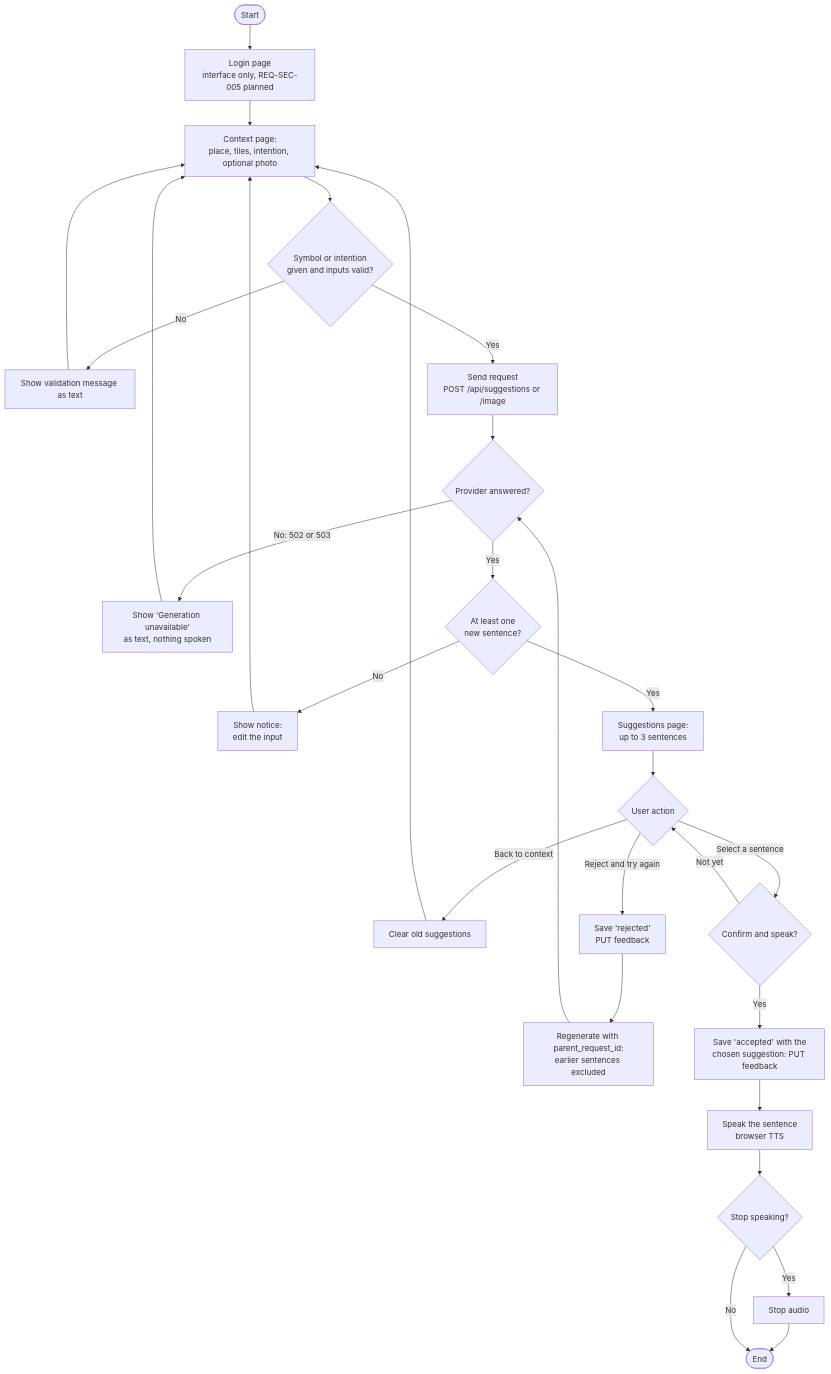
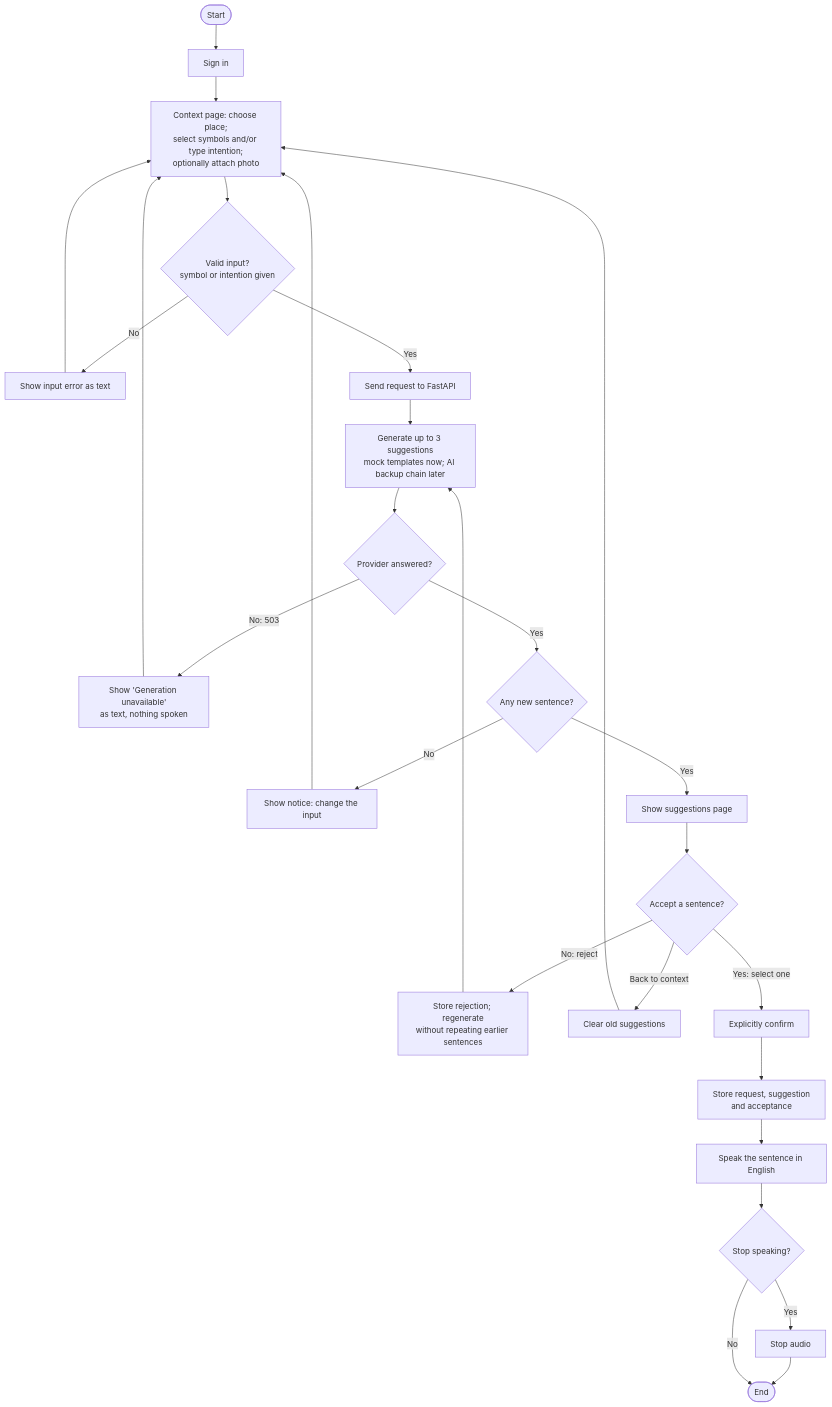
The third of 4 diagrams in docs/requirements/SRS.md (bhsei/26B), drawn with Mermaid before and after one commit. The commit also changed other lines of this file, not shown here.

Commit message:
W7 - SRS v0.4; Markdown edition of Abid's v0.3 with the same structure and requirements, Figures 1-4 redrawn in Mermaid, AI parts corrected against the implementation and a specific rationale for every requirement

````diff
--- a/docs/requirements/SRS.md
+++ b/docs/requirements/SRS.md
@@ -322,25 +358,23 @@
 ```mermaid
 flowchart TD
-    S([Start]) --> L[Login page<br/>interface only, REQ-SEC-005 planned]
-    L --> C[Context page:<br/>place, tiles, intention, optional photo]
-    C --> V{Symbol or intention<br/>given and inputs valid?}
-    V -- No --> E1[Show validation message as text] --> C
-    V -- Yes --> R[Send request<br/>POST /api/suggestions or /image]
-    R --> P{Provider answered?}
-    P -- "No: 502 or 503" --> E2[Show 'Generation unavailable'<br/>as text, nothing spoken] --> C
-    P -- Yes --> N{At least one<br/>new sentence?}
-    N -- No --> E3[Show notice:<br/>edit the input] --> C
-    N -- Yes --> SG[Suggestions page:<br/>up to 3 sentences]
-    SG --> A{User action}
+    S([Start]) --> L[Sign in]
+    L --> C[Context page: choose place;<br/>select symbols and/or type intention;<br/>optionally attach photo]
+    C --> V{Valid input?<br/>symbol or intention given}
+    V -- No --> E1[Show input error as text] --> C
+    V -- Yes --> R[Send request to FastAPI]
+    R --> G[Generate up to 3 suggestions<br/>mock templates now; AI backup chain later]
+    G --> P{Provider answered?}
+    P -- "No: 503" --> E2[Show 'Generation unavailable'<br/>as text, nothing spoken] --> C
+    P -- Yes --> N{Any new sentence?}
+    N -- No --> E3[Show notice: change the input] --> C
+    N -- Yes --> SG[Show suggestions page]
+    SG --> A{Accept a sentence?}
+    A -- "No: reject" --> RJ[Store rejection; regenerate<br/>without repeating earlier sentences] --> G
     A -- "Back to context" --> CL[Clear old suggestions] --> C
-    A -- "Reject and try again" --> RJ[Save 'rejected'<br/>PUT feedback]
-    RJ --> RG[Regenerate with parent_request_id:<br/>earlier sentences excluded]
-    RG --> P
-    A -- "Select a sentence" --> CF{Confirm and speak?}
-    CF -- Not yet --> A
-    CF -- Yes --> SV[Save 'accepted' with the<br/>chosen suggestion: PUT feedback]
-    SV --> SP[Speak the sentence<br/>browser TTS]
-    SP --> ST{Stop speaking?}
-    ST -- Yes --> STP[Stop audio] --> EN([End])
-    ST -- No --> EN
+    A -- "Yes: select one" --> CF[Explicitly confirm]
+    CF --> SV[Store request, suggestion<br/>and acceptance]
+    SV --> SP[Speak the sentence in English]
+    SP --> STP{Stop speaking?}
+    STP -- Yes --> X[Stop audio] --> EN([End])
+    STP -- No --> EN
 ```
````
